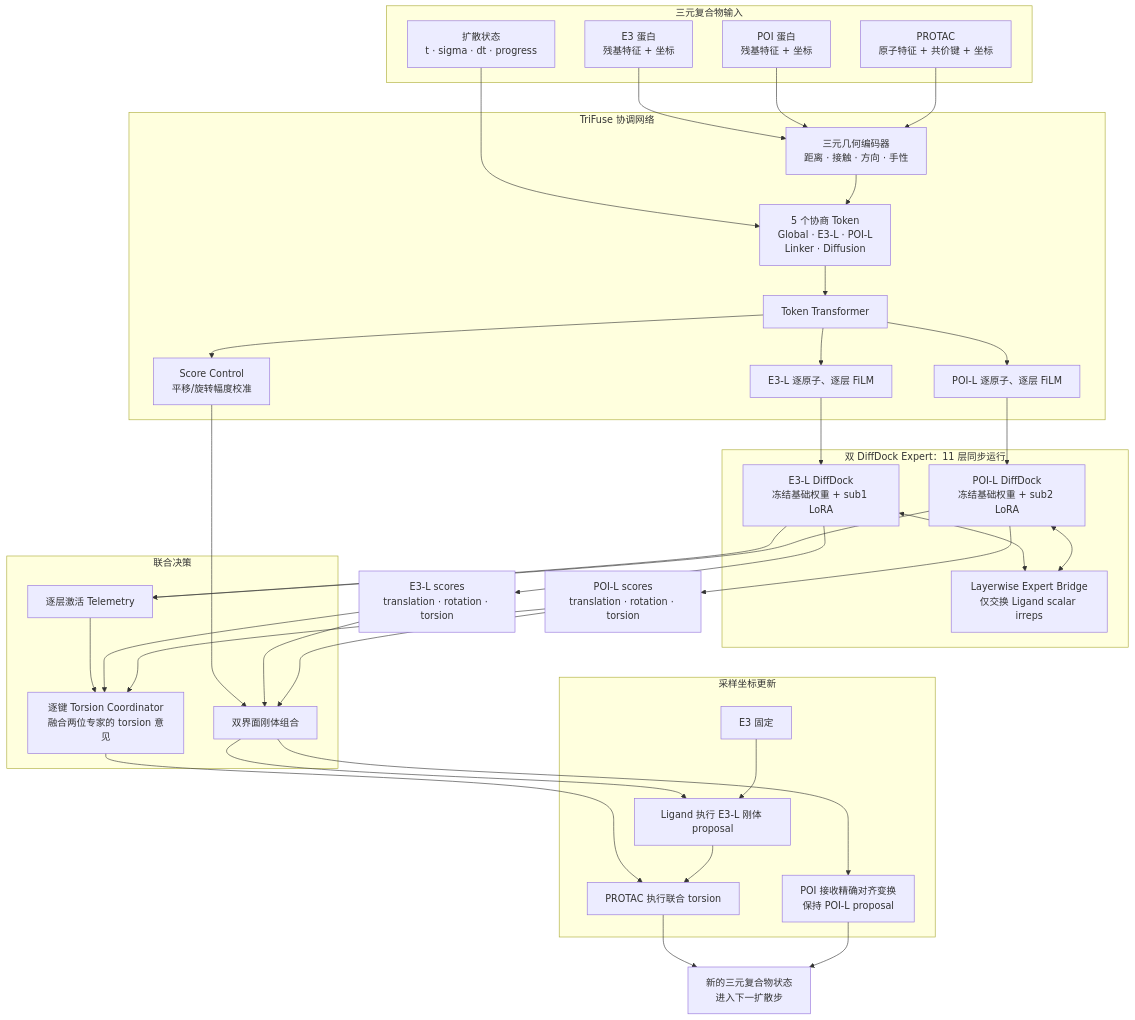
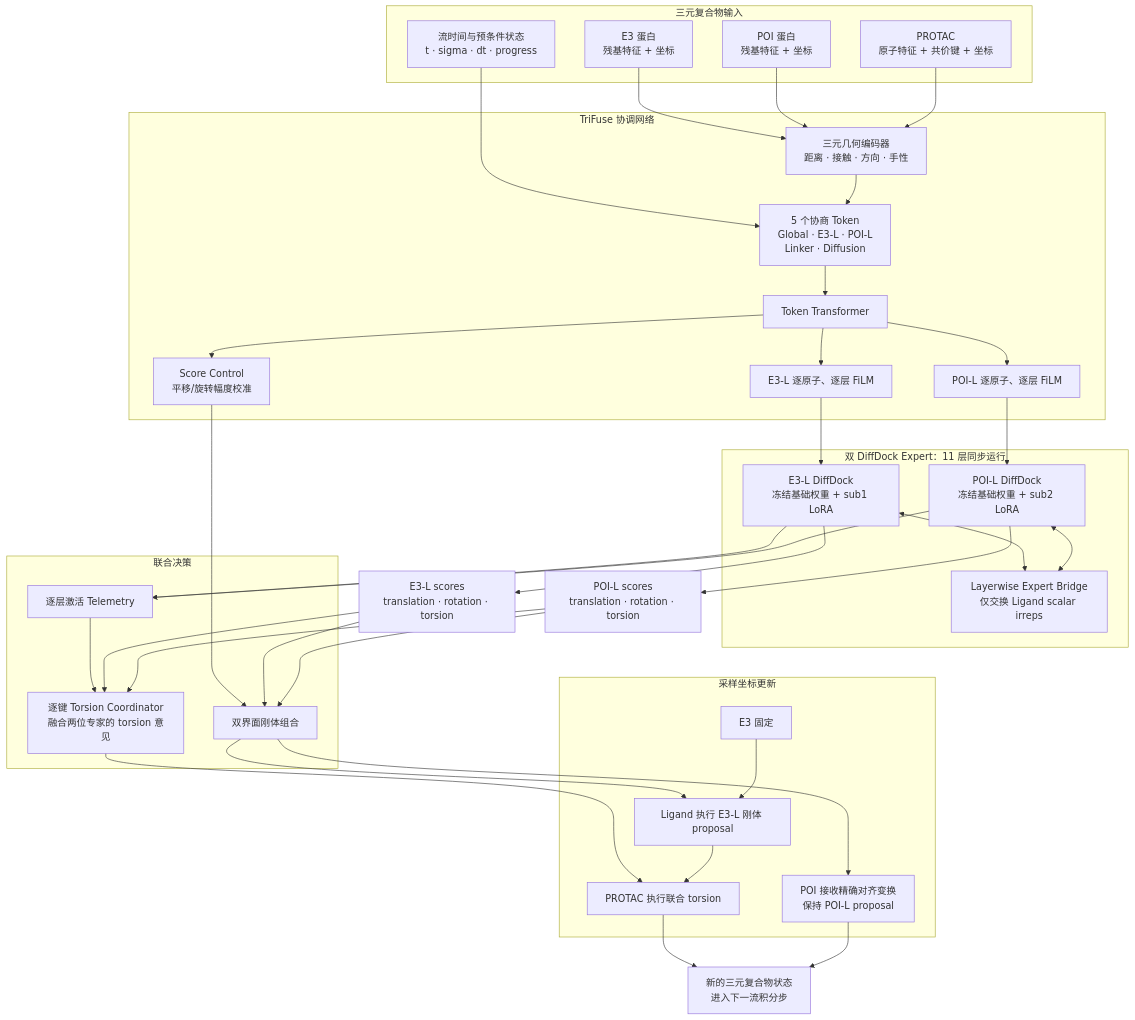
One commit to wwl-ww/CoopDiff changed the diagram in doc/TriCoopDiff 模型架构图.md. Above: the diagram before and after it, drawn with Mermaid. The commit also changed other lines of this file and 8 other files, not shown here.

Commit message:
docs: document SDPI flow contract and validated checkpoint boundary

````diff
--- a/doc/TriCoopDiff 模型架构图.md
+++ b/doc/TriCoopDiff 模型架构图.md
@@ -3,71 +3,71 @@
 ```mermaid
 flowchart TB
     subgraph INPUT["三元复合物输入"]
         E3["E3 蛋白<br/>残基特征 + 坐标"]
         POI["POI 蛋白<br/>残基特征 + 坐标"]
         LIG["PROTAC<br/>原子特征 + 共价键 + 坐标"]
-        TIME["扩散状态<br/>t · sigma · dt · progress"]
+        TIME["流时间与预条件状态<br/>t · sigma · dt · progress"]
     end
 
     subgraph TRIFUSE["TriFuse 协调网络"]
         GEO["三元几何编码器<br/>距离 · 接触 · 方向 · 手性"]
         TOKENS["5 个协商 Token<br/>Global · E3-L · POI-L<br/>Linker · Diffusion"]
         TRANS["Token Transformer"]
         FILM1["E3-L 逐原子、逐层 FiLM"]
         FILM2["POI-L 逐原子、逐层 FiLM"]
         CONTROL["Score Control<br/>平移/旋转幅度校准"]
     end
 
     E3 --> GEO
     POI --> GEO
     LIG --> GEO
     TIME --> TOKENS
     GEO --> TOKENS --> TRANS
     TRANS --> FILM1
     TRANS --> FILM2
     TRANS --> CONTROL
 
     subgraph EXPERTS["双 DiffDock Expert：11 层同步运行"]
         SUB1["E3-L DiffDock<br/>冻结基础权重 + sub1 LoRA"]
         BRIDGE["Layerwise Expert Bridge<br/>仅交换 Ligand scalar irreps"]
         SUB2["POI-L DiffDock<br/>冻结基础权重 + sub2 LoRA"]
     end
 
     FILM1 --> SUB1
     FILM2 --> SUB2
     SUB1 <--> BRIDGE
     SUB2 <--> BRIDGE
 
     SUB1 --> E3S["E3-L scores<br/>translation · rotation · torsion"]
     SUB2 --> POIS["POI-L scores<br/>translation · rotation · torsion"]
 
     subgraph COORD["联合决策"]
         TELE["逐层激活 Telemetry"]
         TOR["逐键 Torsion Coordinator<br/>融合两位专家的 torsion 意见"]
         RIGID["双界面刚体组合"]
     end
 
     SUB1 --> TELE
     SUB2 --> TELE
     TELE --> TOR
     E3S --> TOR
     POIS --> TOR
     CONTROL --> RIGID
     E3S --> RIGID
     POIS --> RIGID
 
     subgraph UPDATE["采样坐标更新"]
         E3FIX["E3 固定"]
         LUPDATE["Ligand 执行 E3-L 刚体 proposal"]
         PUPDATE["POI 接收精确对齐变换<br/>保持 POI-L proposal"]
         TUPDATE["PROTAC 执行联合 torsion"]
     end
 
     RIGID --> LUPDATE
     RIGID --> PUPDATE
     TOR --> TUPDATE
     E3FIX --> LUPDATE
     LUPDATE --> TUPDATE
-    TUPDATE --> OUTPUT["新的三元复合物状态<br/>进入下一扩散步"]
+    TUPDATE --> OUTPUT["新的三元复合物状态<br/>进入下一流积分步"]
     PUPDATE --> OUTPUT
 ```
````
